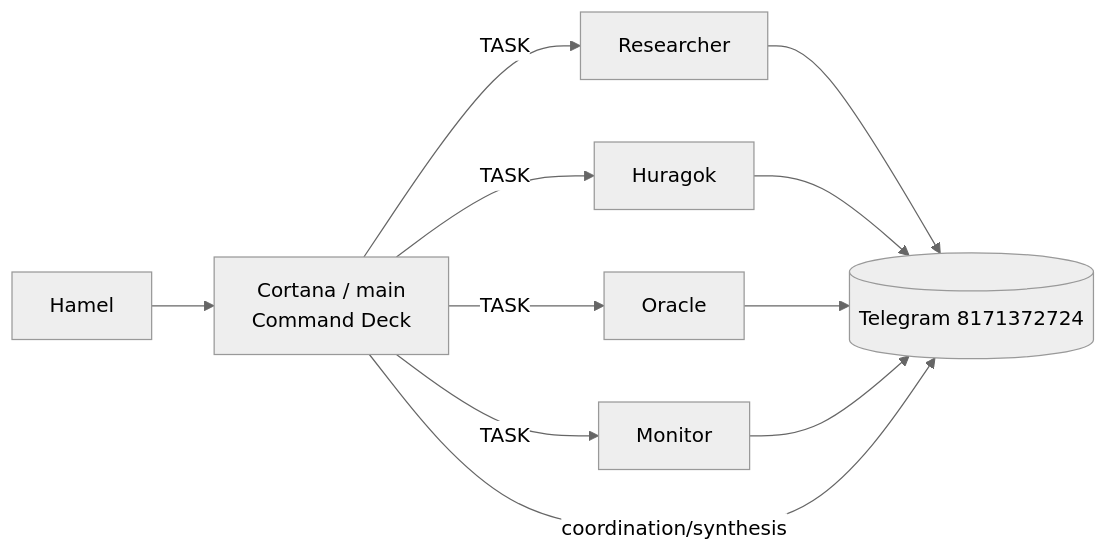
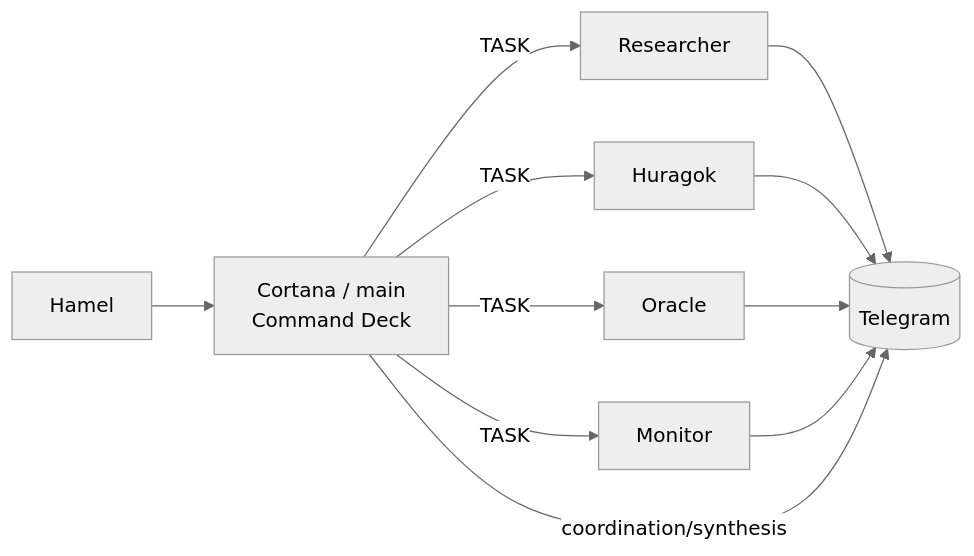
Before and after one commit to cortana-foundry/cortana: the first of 10 diagrams in README.md, drawn with Mermaid (neutral theme). The commit also changed other lines of this file, not shown here.

````diff
--- a/README.md
+++ b/README.md
@@ -37,13 +45,13 @@
 ```mermaid
 flowchart LR
   H[Hamel] --> C[Cortana / main\nCommand Deck]
   C -->|TASK| R[Researcher]
   C -->|TASK| U[Huragok]
   C -->|TASK| O[Oracle]
   C -->|TASK| M[Monitor]
-  R --> T[(Telegram 8171372724)]
+  R --> T[(Telegram <PRIMARY_TELEGRAM_TARGET>)]
   U --> T
   O --> T
   M --> T
   C -->|coordination/synthesis| T
 ```
````
